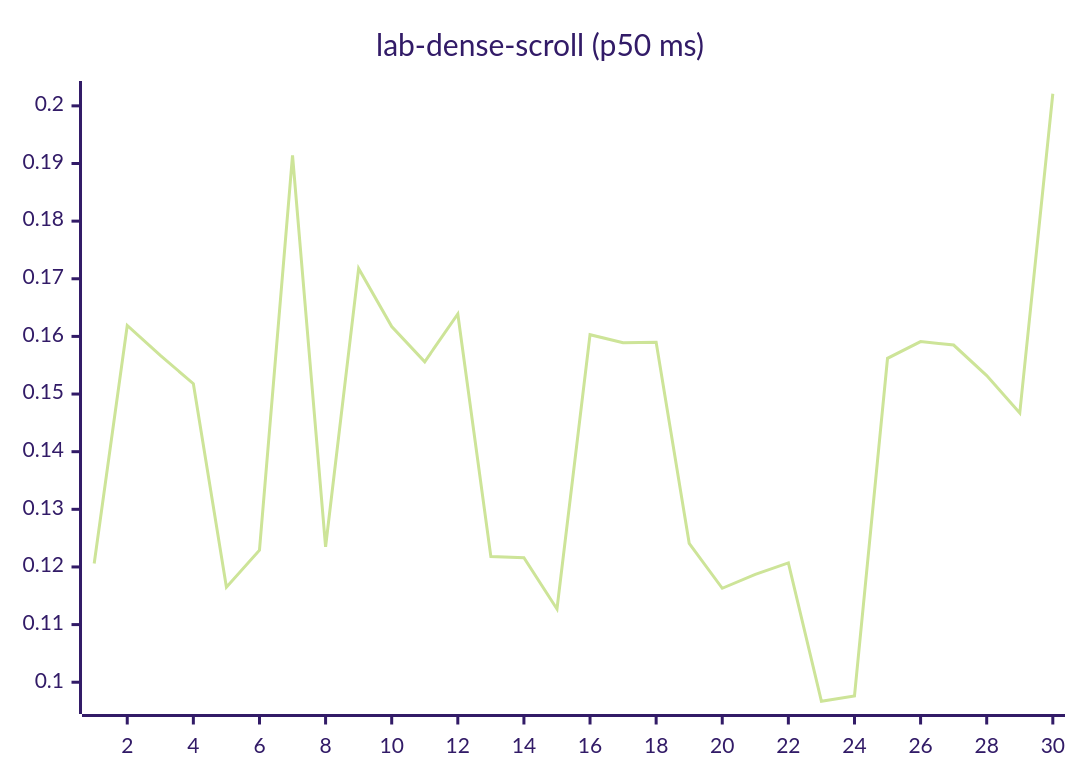
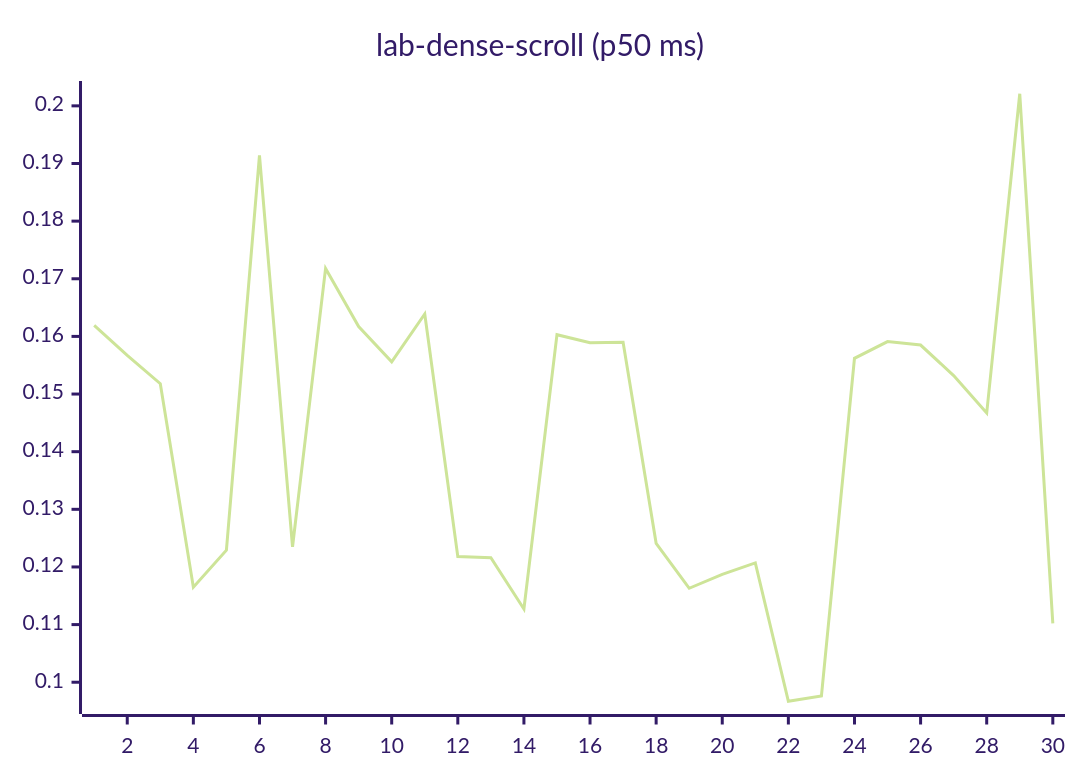
One commit to josha/Facet changed diagram 12 of 27 in README.md. Above: the diagram before and after it, drawn with Mermaid (forest theme). The commit also changed other lines of this file and 2 other files, not shown here.

````diff
--- a/README.md
+++ b/README.md
@@ -140,6 +140,6 @@
 ```mermaid
 xychart-beta
     title "lab-dense-scroll (p50 ms)"
     x-axis 1 --> 30
-    line [0.1206, 0.1619, 0.1567, 0.1518, 0.1165, 0.1229, 0.1914, 0.1235, 0.1718, 0.1617, 0.1556, 0.1639, 0.1218, 0.1216, 0.1127, 0.1603, 0.1589, 0.1590, 0.1241, 0.1163, 0.1187, 0.1207, 0.0967, 0.0976, 0.1562, 0.1591, 0.1585, 0.1532, 0.1467, 0.2021]
+    line [0.1619, 0.1567, 0.1518, 0.1165, 0.1229, 0.1914, 0.1235, 0.1718, 0.1617, 0.1556, 0.1639, 0.1218, 0.1216, 0.1127, 0.1603, 0.1589, 0.1590, 0.1241, 0.1163, 0.1187, 0.1207, 0.0967, 0.0976, 0.1562, 0.1591, 0.1585, 0.1532, 0.1467, 0.2021, 0.1102]
 ```
````
